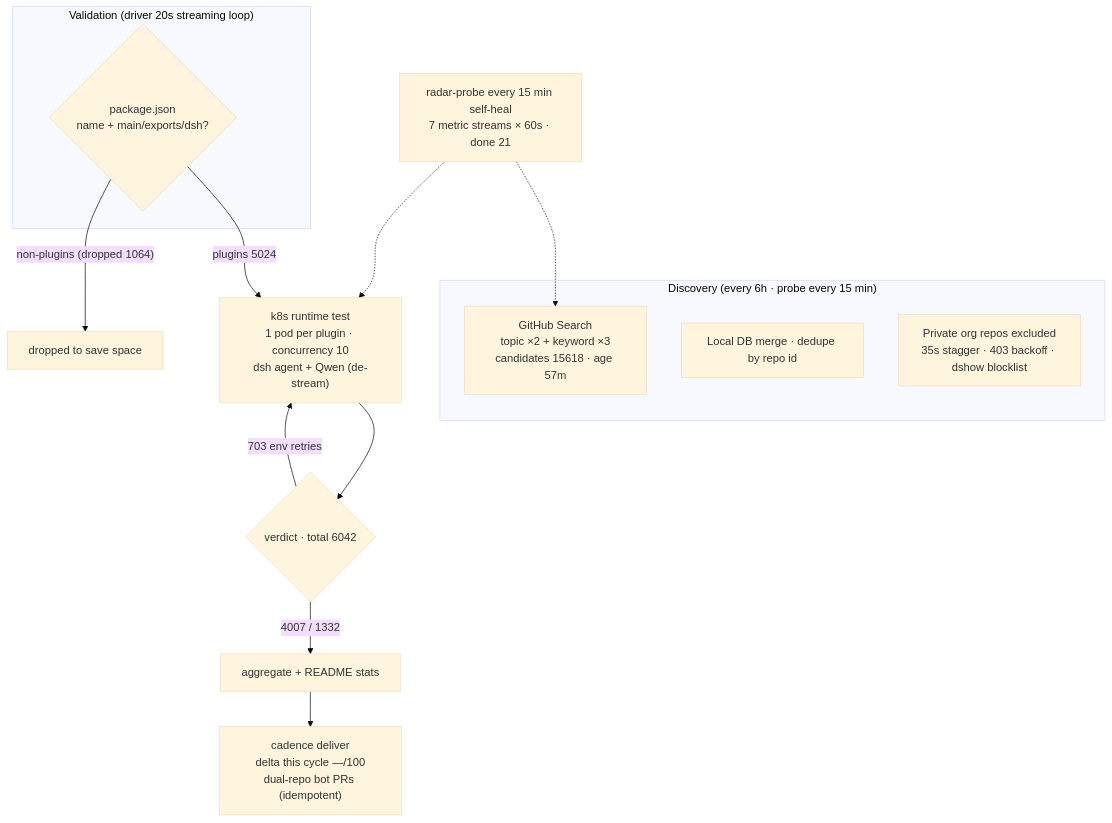
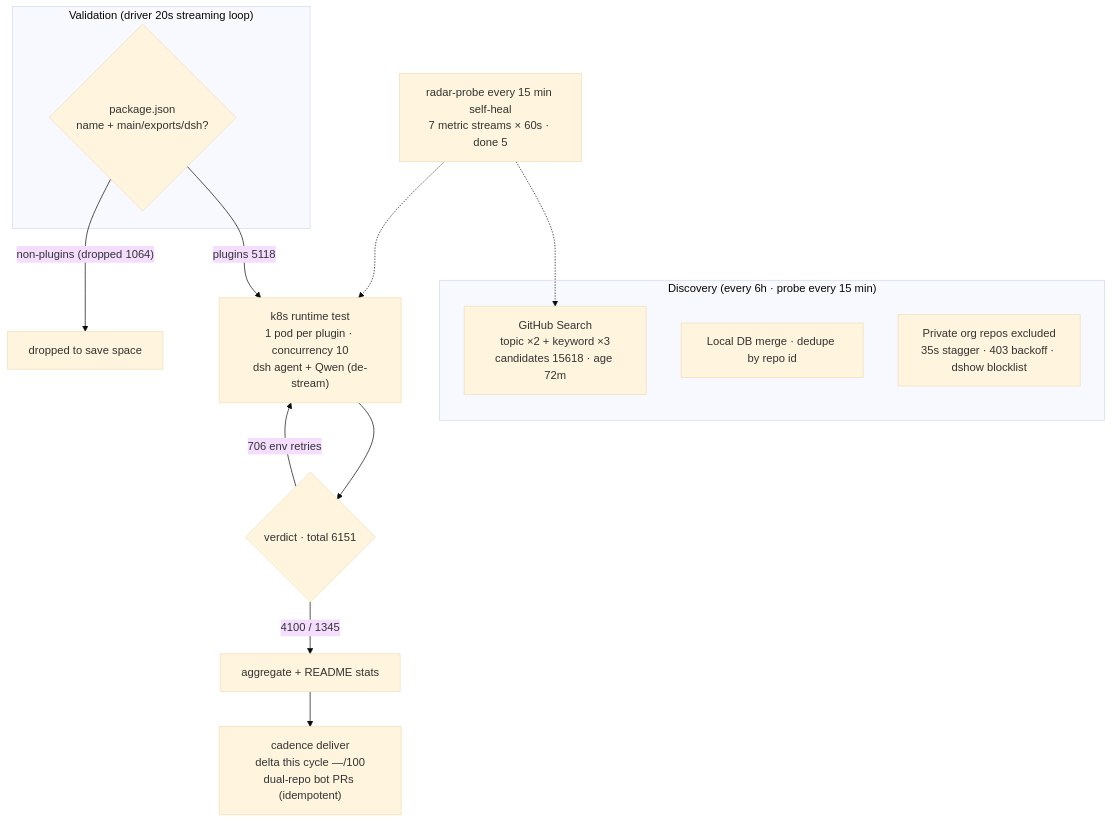
One commit to AdamPlatin123/awesome-dsh-plugins changed the diagram in README.en-US.md. Above: the diagram before and after it, drawn with Mermaid (base theme). The commit also changed other lines of this file and 5 other files, not shown here.

````diff
--- a/README.en-US.md
+++ b/README.en-US.md
@@ -30,20 +30,20 @@
 ```mermaid
 flowchart TB
     subgraph Discovery["Discovery (every 6h · probe every 15 min)"]
-        A1["GitHub Search<br/>topic ×2 + keyword ×3<br/>candidates 15618 · age 57m"]
+        A1["GitHub Search<br/>topic ×2 + keyword ×3<br/>candidates 15618 · age 72m"]
         A2["Local DB merge · dedupe by repo id"]
         A3["Private org repos excluded<br/>35s stagger · 403 backoff · dshow blocklist"]
     end
     subgraph Validation["Validation (driver 20s streaming loop)"]
         B1{"package.json<br/>name + main/exports/dsh?"}
     end
-    B1 -->|"plugins 5024"| C1["k8s runtime test<br/>1 pod per plugin · concurrency 10<br/>dsh agent + Qwen (de-stream)"]
+    B1 -->|"plugins 5118"| C1["k8s runtime test<br/>1 pod per plugin · concurrency 10<br/>dsh agent + Qwen (de-stream)"]
     B1 -->|"non-plugins (dropped 1064)"| B3["dropped to save space"]
-    C1 --> D1{"verdict · total 6042"}
-    D1 -->|"4007 / 1332"| E1["aggregate + README stats"]
-    D1 -->|"703 env retries"| C1
+    C1 --> D1{"verdict · total 6151"}
+    D1 -->|"4100 / 1345"| E1["aggregate + README stats"]
+    D1 -->|"706 env retries"| C1
     E1 --> E2["cadence deliver<br/>delta this cycle —/100<br/>dual-repo bot PRs (idempotent)"]
-    M["radar-probe every 15 min self-heal<br/>7 metric streams × 60s · done 21"]
+    M["radar-probe every 15 min self-heal<br/>7 metric streams × 60s · done 5"]
     M -.-> A1
     M -.-> C1
 ```
````
